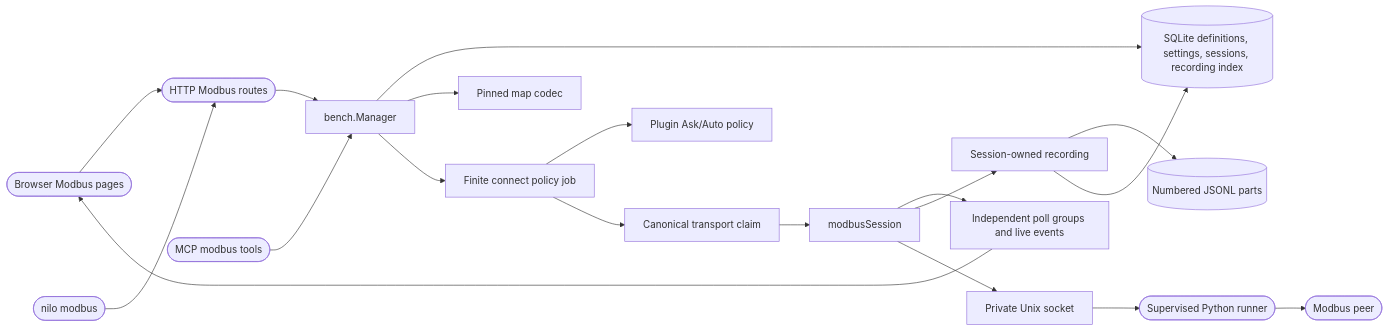
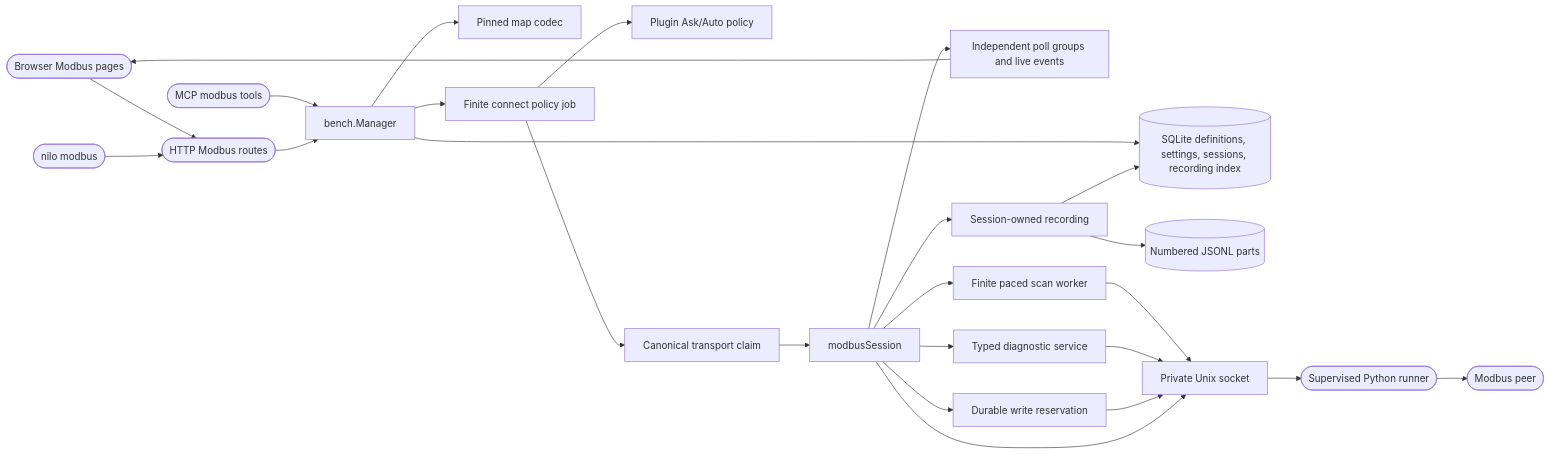
One commit to DDP-Engineering/2026_Networked_Intelligent_Lab_Orchestrator changed the diagram in .agentic/knowledge/modbus-integration.md. Above: the diagram before and after it, drawn with Mermaid. The commit also changed other lines of this file and 45 other files, not shown here.

````diff
--- a/.agentic/knowledge/modbus-integration.md
+++ b/.agentic/knowledge/modbus-integration.md
@@ -74,21 +79,27 @@
 ```mermaid
 flowchart LR
     UI([Browser Modbus pages]) --> API([HTTP Modbus routes])
     CLI([nilo modbus]) --> API
     MCP([MCP modbus tools]) --> Manager[bench.Manager]
     API --> Manager
     Manager --> DB[(SQLite definitions, settings, sessions, recording index)]
     Manager --> Codec["Pinned map codec"]
     Manager --> Job[Finite connect policy job]
     Job --> Policy[Plugin Ask/Auto policy]
     Job --> Claim[Canonical transport claim]
     Claim --> Session[modbusSession]
     Session --> Poll["Independent poll groups and live events"]
+    Session --> Scan["Finite paced scan worker"]
+    Session --> Diagnostic["Typed diagnostic service"]
+    Session --> Write["Durable write reservation"]
     Session --> Recorder["Session-owned recording"]
     Recorder --> Parts[(Numbered JSONL parts)]
     Recorder --> DB
     Poll --> UI
+    Scan --> Socket
+    Diagnostic --> Socket
+    Write --> Socket
     Session --> Socket[Private Unix socket]
     Socket --> Runner([Supervised Python runner])
     Runner --> Peer([Modbus peer])
 ```
````
